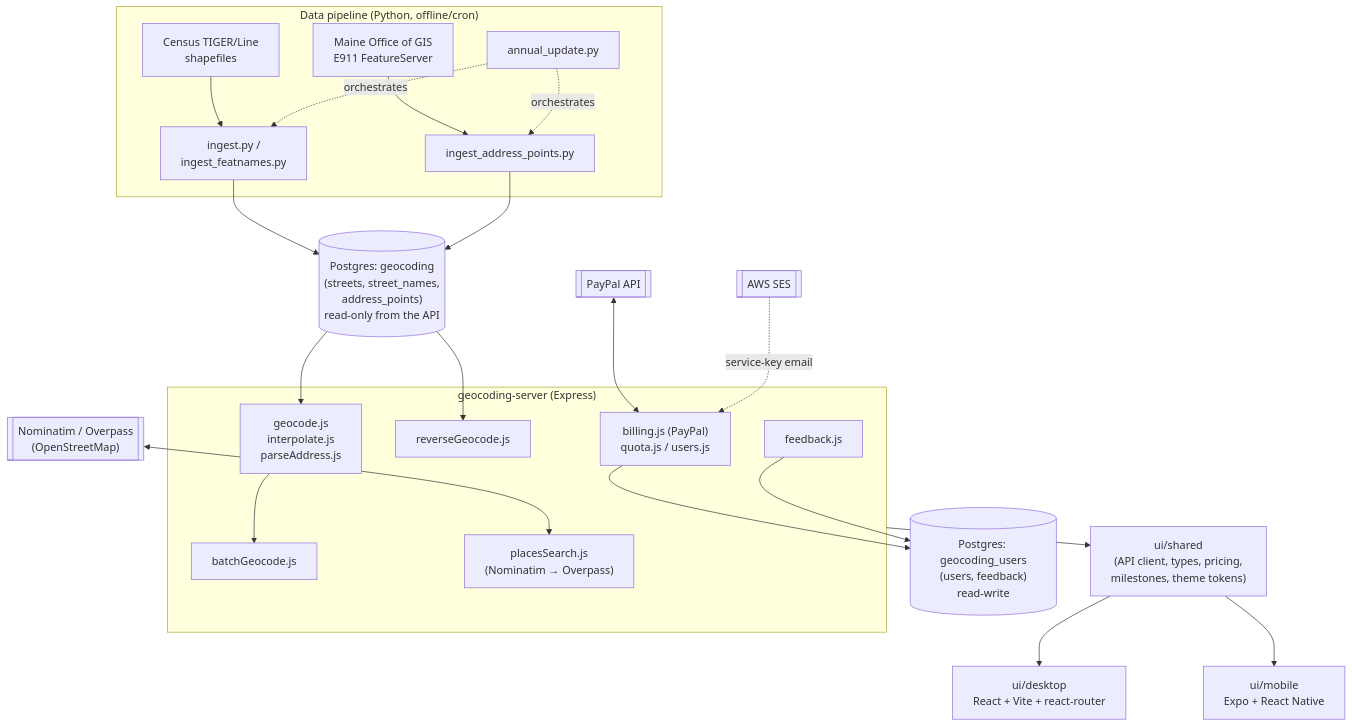
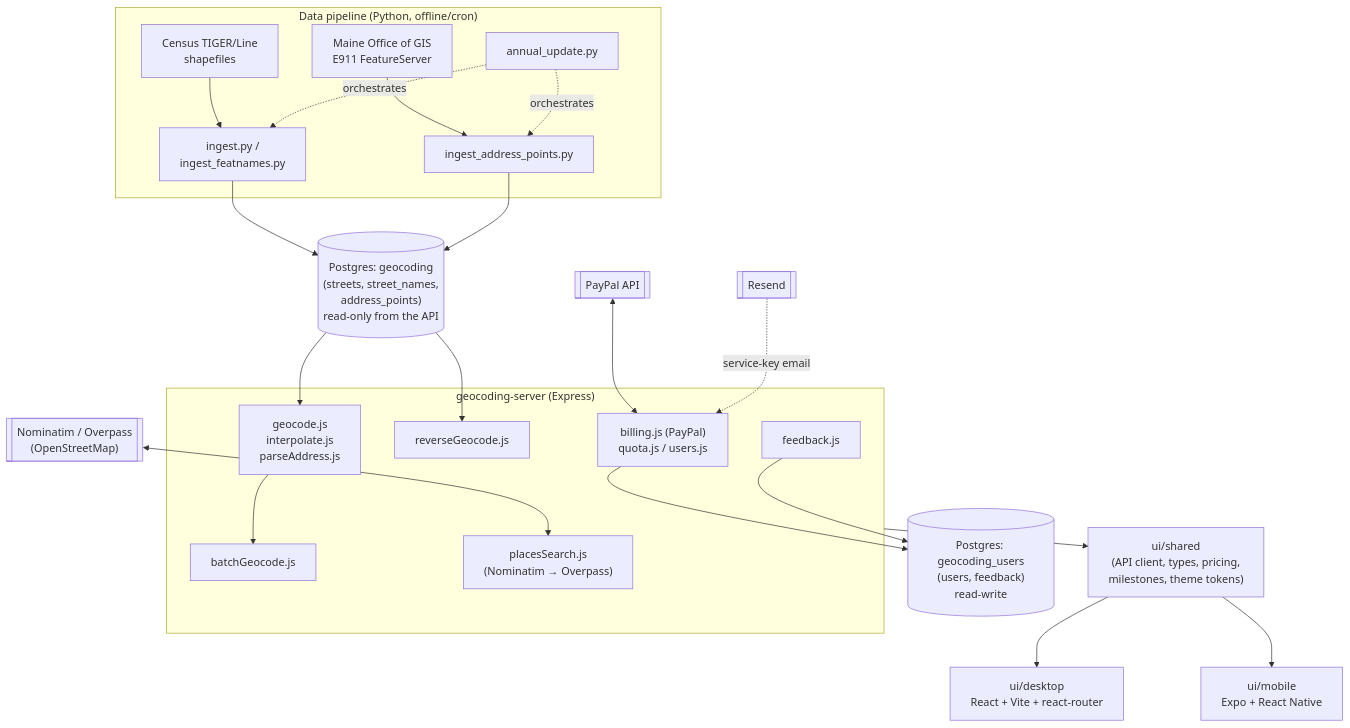
One commit to weiming0602/geocoding changed the diagram in docs/ARCHITECTURE.md. Above: the diagram before and after it, drawn with Mermaid. The commit also changed 8 other files, not shown here.

First line of the commit message:
Swap email delivery from AWS SES to Resend

````diff
--- a/docs/ARCHITECTURE.md
+++ b/docs/ARCHITECTURE.md
@@ -24,37 +24,37 @@
 ```mermaid
 flowchart TB
     subgraph ingest["Data pipeline (Python, offline/cron)"]
         TIGER["Census TIGER/Line\nshapefiles"] --> ingestpy["ingest.py /\ningest_featnames.py"]
         E911["Maine Office of GIS\nE911 FeatureServer"] --> ingestpts["ingest_address_points.py"]
         annual["annual_update.py"] -.orchestrates.-> ingestpy
         annual -.orchestrates.-> ingestpts
     end
 
     ingestpy --> geodb[("Postgres: geocoding\n(streets, street_names,\naddress_points)\nread-only from the API")]
     ingestpts --> geodb
 
     subgraph api["geocoding-server (Express)"]
         geocode["geocode.js\ninterpolate.js\nparseAddress.js"]
         reverse["reverseGeocode.js"]
         batch["batchGeocode.js"]
         places["placesSearch.js\n(Nominatim → Overpass)"]
         billing["billing.js (PayPal)\nquota.js / users.js"]
         feedback["feedback.js"]
     end
 
     geodb --> geocode
     geodb --> reverse
     geocode --> batch
 
     usersdb[("Postgres: geocoding_users\n(users, feedback)\nread-write")]
     billing --> usersdb
     feedback --> usersdb
 
     paypal[["PayPal API"]] <--> billing
-    ses[["AWS SES"]] -.service-key email.-> billing
+    resend[["Resend"]] -.service-key email.-> billing
     osm[["Nominatim / Overpass\n(OpenStreetMap)"]] <--> places
 
     api --> shared["ui/shared\n(API client, types, pricing,\nmilestones, theme tokens)"]
     shared --> desktop["ui/desktop\nReact + Vite + react-router"]
     shared --> mobile["ui/mobile\nExpo + React Native"]
 ```
````
